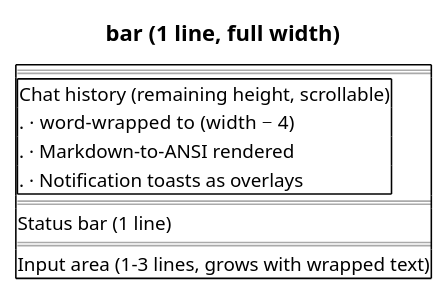
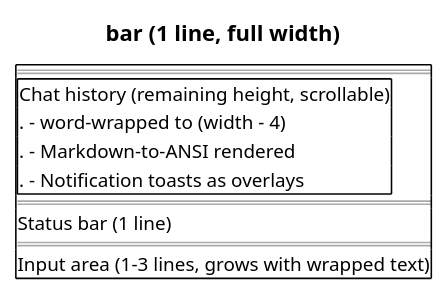
One commit to gjbroom/crichton changed diagram 12 of 12 in docs/DEVELOPER.org. Above: the diagram before and after it, drawn with PlantUML. The commit also changed other lines of this file, not shown here.

```diff
--- a/docs/DEVELOPER.org
+++ b/docs/DEVELOPER.org
@@ -4417,18 +4426,18 @@
 #+begin_src plantuml :file render.png :exports results
 @startsalt
 {+
   Title bar (1 line, full width)
   ==
   {+
     Chat history (remaining height, scrollable)
-    . · word-wrapped to (width − 4)
-    . · Markdown-to-ANSI rendered
-    . · Notification toasts as overlays
+    . - word-wrapped to (width - 4)
+    . - Markdown-to-ANSI rendered
+    . - Notification toasts as overlays
   }
   ==
   Status bar (1 line)
   ==
   Input area (1-3 lines, grows with wrapped text)
 }
 @endsalt
 #+end_src
```
